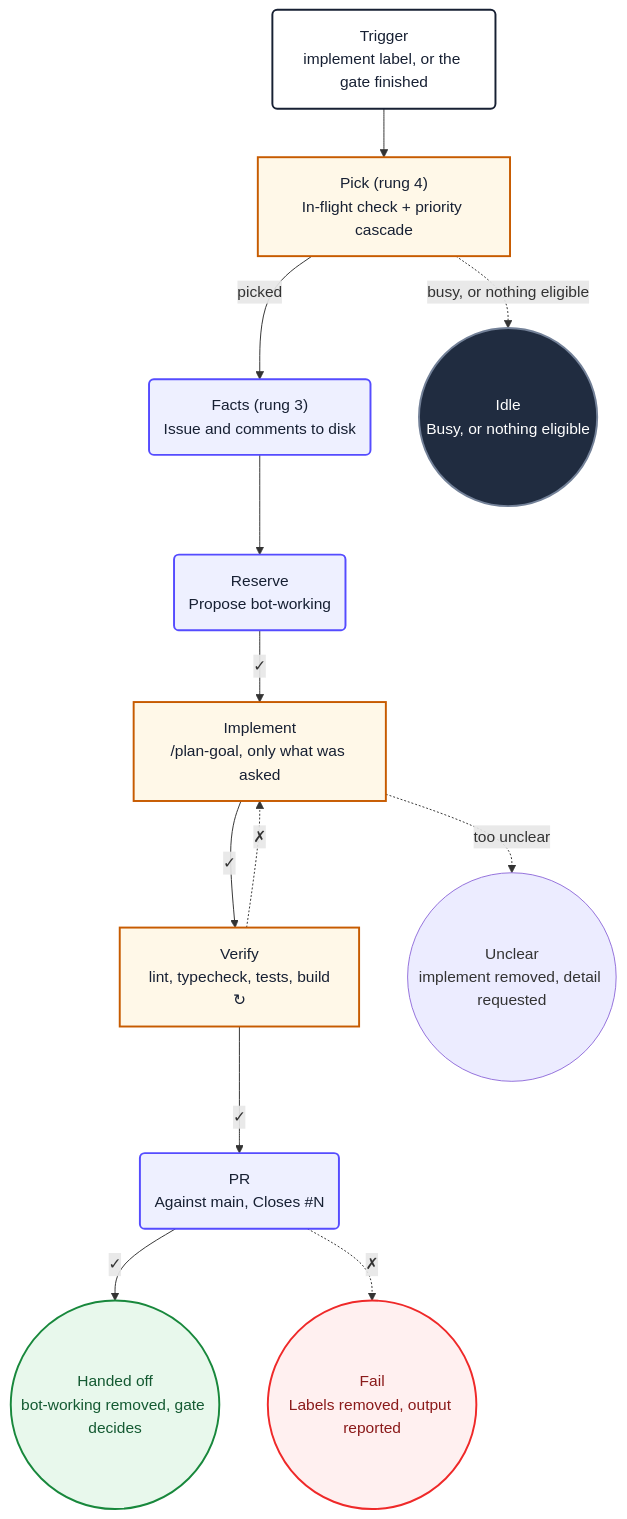
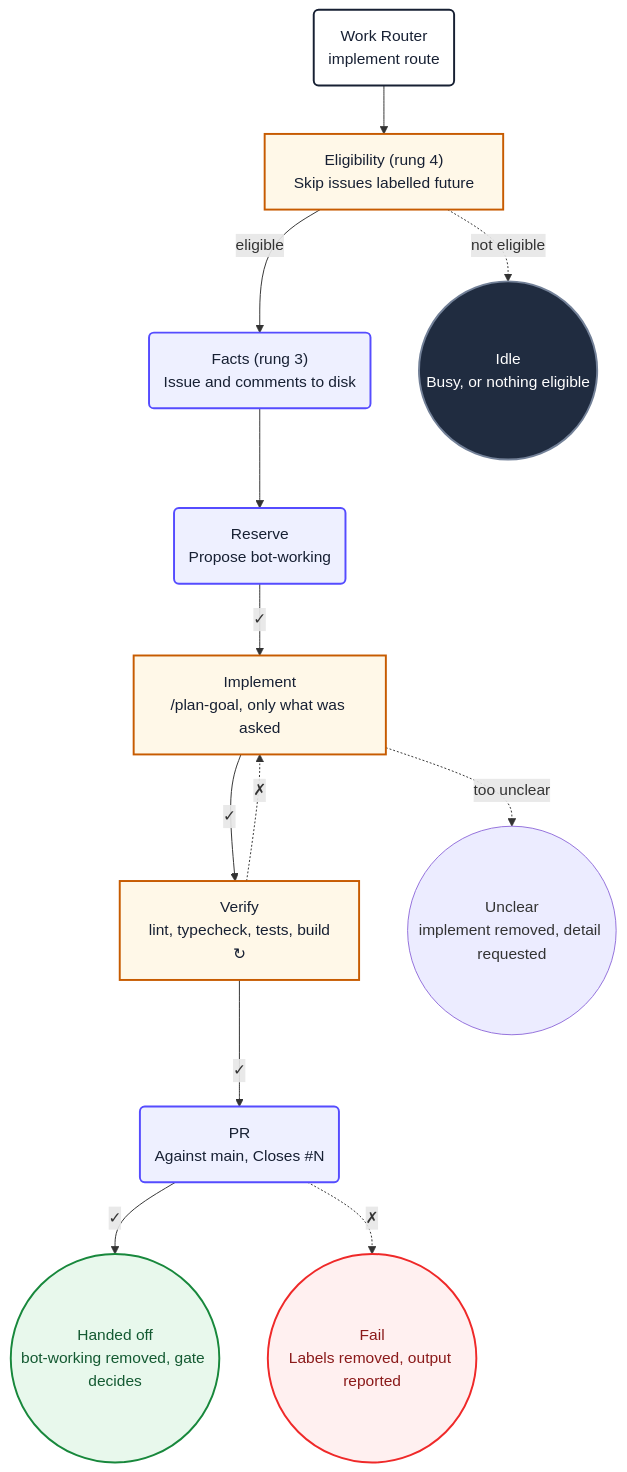
One commit to PlainConceptsPlatform/Foundations changed the third of 3 diagrams in apps/docs/content/docs/ai/workflows/index.mdx. Above: the diagram before and after it, drawn with Mermaid. The commit also changed other lines of this file and 3 other files, not shown here.

````diff
--- a/apps/docs/content/docs/ai/workflows/index.mdx
+++ b/apps/docs/content/docs/ai/workflows/index.mdx
@@ -477,32 +623,32 @@
 ```mermaid
 flowchart TD
-    implStart("Trigger<br/>implement label, or the gate finished") --> implPick
-    implPick["Pick (rung 4)<br/>In-flight check + priority cascade"] -->|picked| implFacts
-    implPick -.->|busy, or nothing eligible| implIdle
+    implStart("Work Router<br/>implement route") --> implPick
+    implPick["Eligibility (rung 4)<br/>Skip issues labelled future"] -->|eligible| implFacts
+    implPick -.->|not eligible| implIdle
     implFacts("Facts (rung 3)<br/>Issue and comments to disk") --> implReserve
     implReserve("Reserve<br/>Propose bot-working") -->|✓| implCode
     implCode["Implement<br/>/plan-goal, only what was asked"] -->|✓| implVerify
     implCode -.->|too unclear| implUnclear
     implVerify["Verify<br/>lint, typecheck, tests, build<br/>↻"] -->|✓| implPr
     implVerify -.->|✗| implCode
     implPr("PR<br/>Against main, Closes #N") -->|✓| implHandoff
     implPr -.->|✗| implFail
     implHandoff(("Handed off<br/>bot-working removed, gate decides"))
     implUnclear(("Unclear<br/>implement removed, detail requested"))
     implIdle(("Idle<br/>Busy, or nothing eligible"))
     implFail(("Fail<br/>Labels removed, output reported"))
 
     classDef start fill:#ffffff,stroke:#172033,stroke-width:2px,color:#172033
     classDef action fill:#eef0ff,stroke:#554cff,stroke-width:2px,color:#172033
     classDef decision fill:#fff8e8,stroke:#c75b00,stroke-width:2px,color:#172033
     classDef idle fill:#202c40,stroke:#738198,stroke-width:2px,color:#ffffff
     classDef failure fill:#fff0f0,stroke:#ef2929,stroke-width:2px,color:#8b1a1a
     classDef success fill:#e8f8ec,stroke:#18883c,stroke-width:2px,color:#145a32
 
     class implStart start
     class implFacts,implReserve,implPr action
     class implPick,implCode,implVerify decision
     class implIdle idle
     class implFail failure
     class implHandoff success
 ```
````
